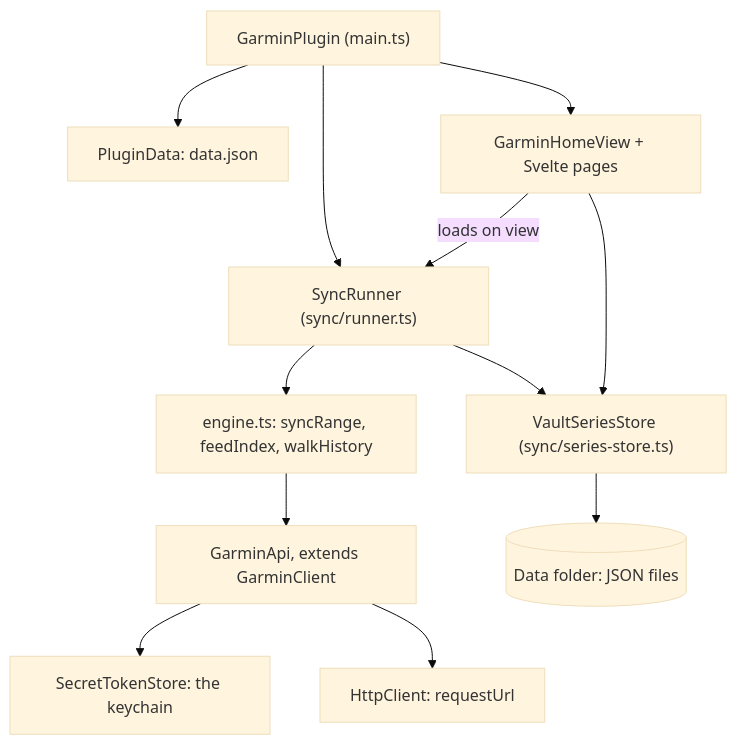
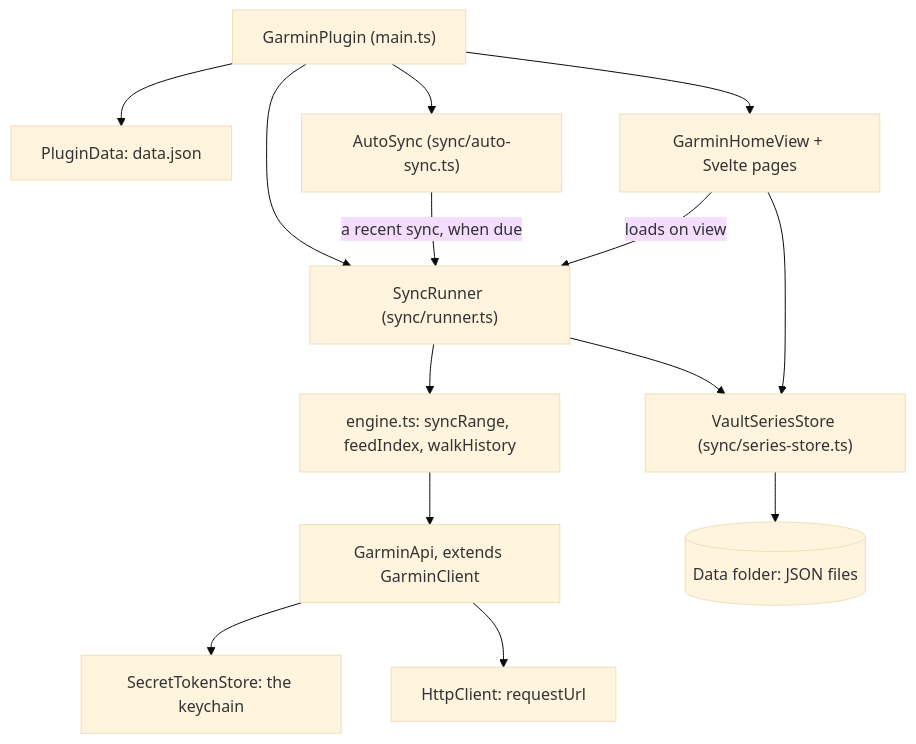
Before and after one commit to tareqayz/Obsidian-Garmin-Connect: the first of 4 diagrams in docs/architecture.md, drawn with Mermaid (base theme). The commit also changed other lines of this file and 138 other files, not shown here.

````diff
--- a/docs/architecture.md
+++ b/docs/architecture.md
@@ -21,14 +22,16 @@
 ```mermaid
 flowchart TB
   plugin["GarminPlugin (main.ts)"] --> data["PluginData: data.json"]
   plugin --> runner["SyncRunner (sync/runner.ts)"]
+  plugin --> auto["AutoSync (sync/auto-sync.ts)"]
+  auto -->|"a recent sync, when due"| runner
   plugin --> home["GarminHomeView + Svelte pages"]
   runner --> engine["engine.ts: syncRange, feedIndex, walkHistory"]
   runner --> store["VaultSeriesStore (sync/series-store.ts)"]
   engine --> api["GarminApi, extends GarminClient"]
   api --> tokens["SecretTokenStore: the keychain"]
   api --> http["HttpClient: requestUrl"]
   store --> folder[("Data folder: JSON files")]
   home --> store
   home -->|"loads on view"| runner
 ```
````
